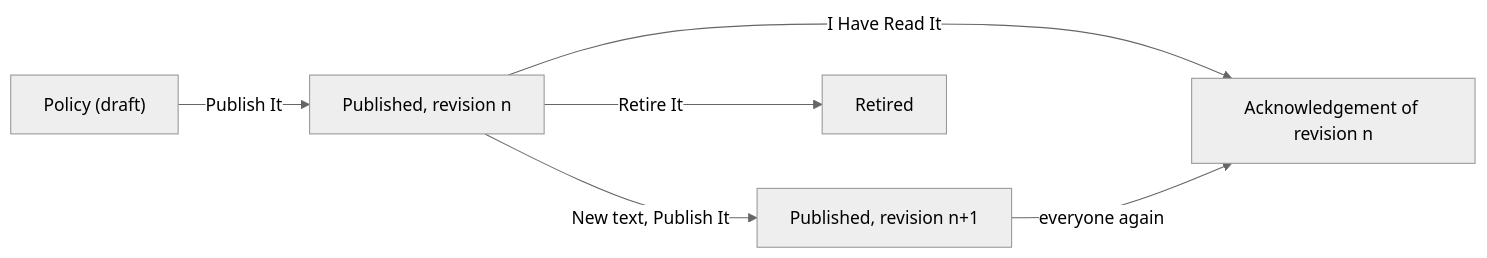
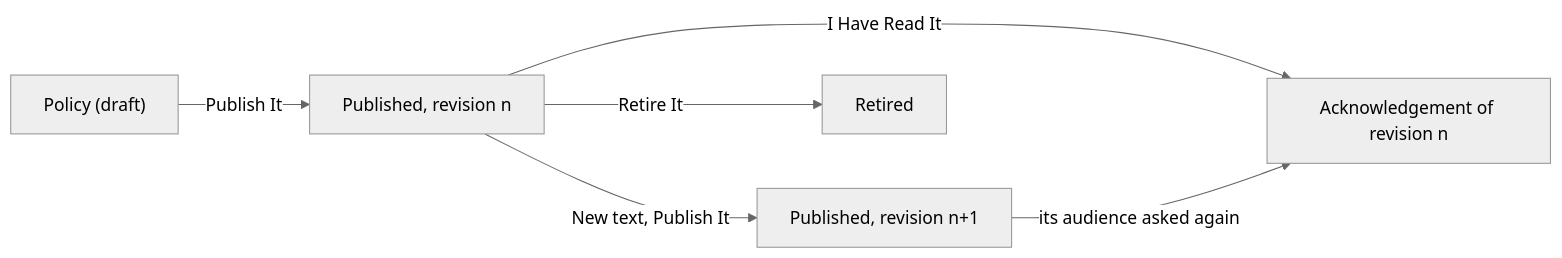
Before and after one commit to CBFerrum/ferrum-app-grc: the second of 2 diagrams in README.md, drawn with Mermaid (neutral theme). The commit also changed other lines of this file and 52 other files, not shown here.

````diff
--- a/README.md
+++ b/README.md
@@ -240,8 +250,8 @@
 ```mermaid
 flowchart LR
     P["Policy (draft)"] -->|"Publish It"| V["Published, revision n"]
     V -->|"I Have Read It"| K["Acknowledgement of revision n"]
     V -->|"New text, Publish It"| W["Published, revision n+1"]
-    W -->|"everyone again"| K
+    W -->|"its audience asked again"| K
     V -->|"Retire It"| X["Retired"]
 ```
````
